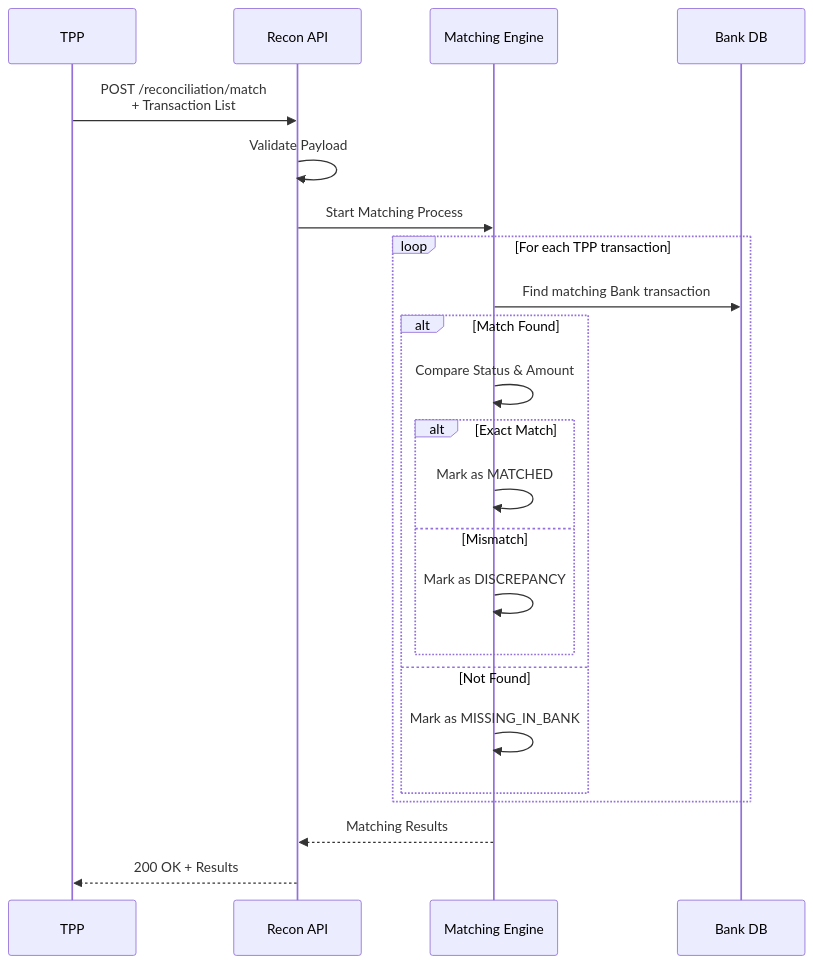
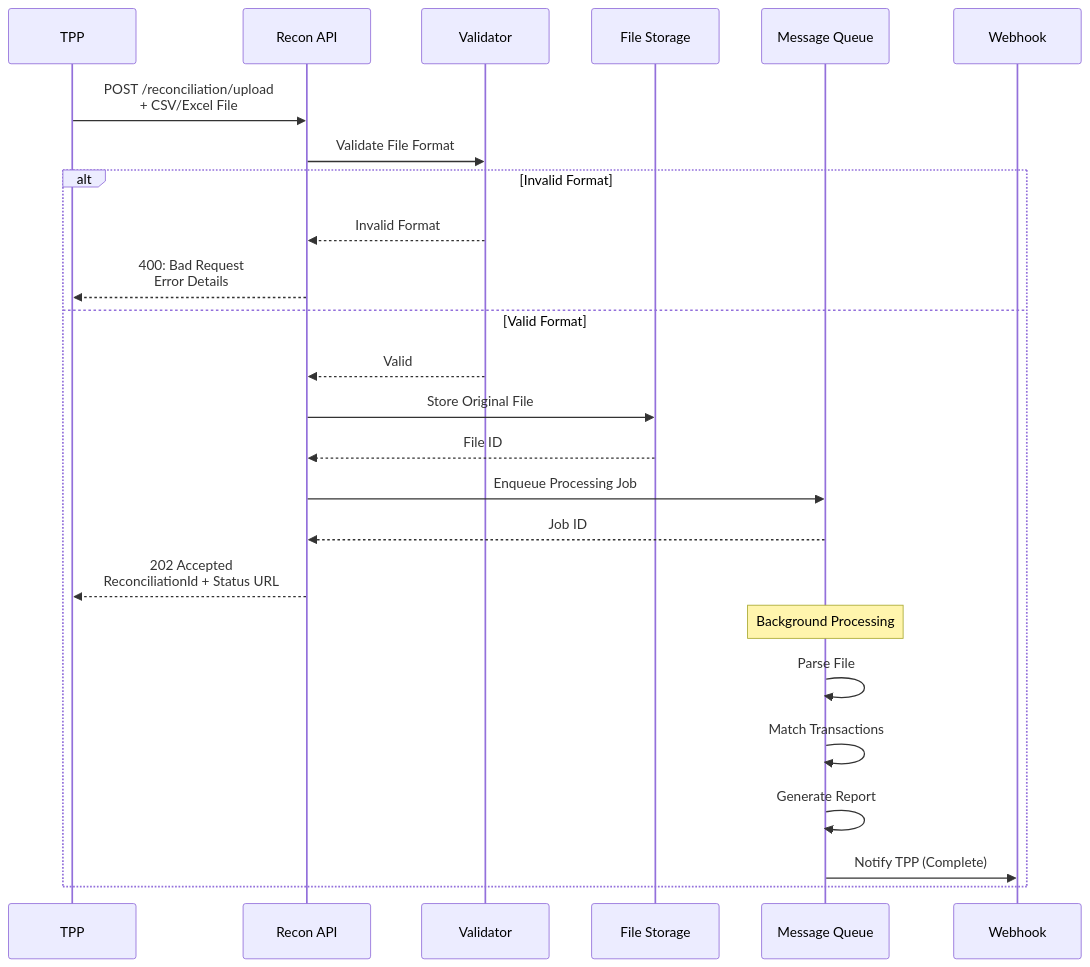
Before and after one commit to huuhoait/openbanking-vn-specs: the second of 10 diagrams in 08-Doi-soat-va-Tra-soat.md, drawn with Mermaid. The commit also changed other lines of this file and 14 other files, not shown here.

````diff
--- a/08-Doi-soat-va-Tra-soat.md
+++ b/08-Doi-soat-va-Tra-soat.md
@@ -317,28 +91,31 @@
 ```mermaid
 sequenceDiagram
-    participant TPP as TPP
+    participant TPP
     participant API as Recon API
-    participant Matcher as Matching Engine
-    participant DB as Bank DB
+    participant Validator
+    participant Storage as File Storage
+    participant Queue as Message Queue
     
-    TPP->>API: POST /reconciliation/match<br/>+ Transaction List
-    API->>API: Validate Payload
-    API->>Matcher: Start Matching Process
+    TPP->>API: POST /reconciliation/upload<br/>+ CSV/Excel File
+    API->>Validator: Validate File Format
     
-    loop For each TPP transaction
-        Matcher->>DB: Find matching Bank transaction
-        alt Match Found
-            Matcher->>Matcher: Compare Status & Amount
-            alt Exact Match
-                Matcher->>Matcher: Mark as MATCHED
-            else Mismatch
-                Matcher->>Matcher: Mark as DISCREPANCY
-            end
-        else Not Found
-            Matcher->>Matcher: Mark as MISSING_IN_BANK
-        end
+    alt Invalid Format
+        Validator-->>API: Invalid Format
+        API-->>TPP: 400: Bad Request<br/>Error Details
+    else Valid Format
+        Validator-->>API: Valid
+        API->>Storage: Store Original File
+        Storage-->>API: File ID
+        
+        API->>Queue: Enqueue Processing Job
+        Queue-->>API: Job ID
+        
+        API-->>TPP: 202 Accepted<br/>ReconciliationId + Status URL
+        
+        Note over Queue: Background Processing
+        Queue->>Queue: Parse File
+        Queue->>Queue: Match Transactions
+        Queue->>Queue: Generate Report
+        Queue->>Webhook: Notify TPP (Complete)
     end
-    
-    Matcher-->>API: Matching Results
-    API-->>TPP: 200 OK + Results
 ```
````
